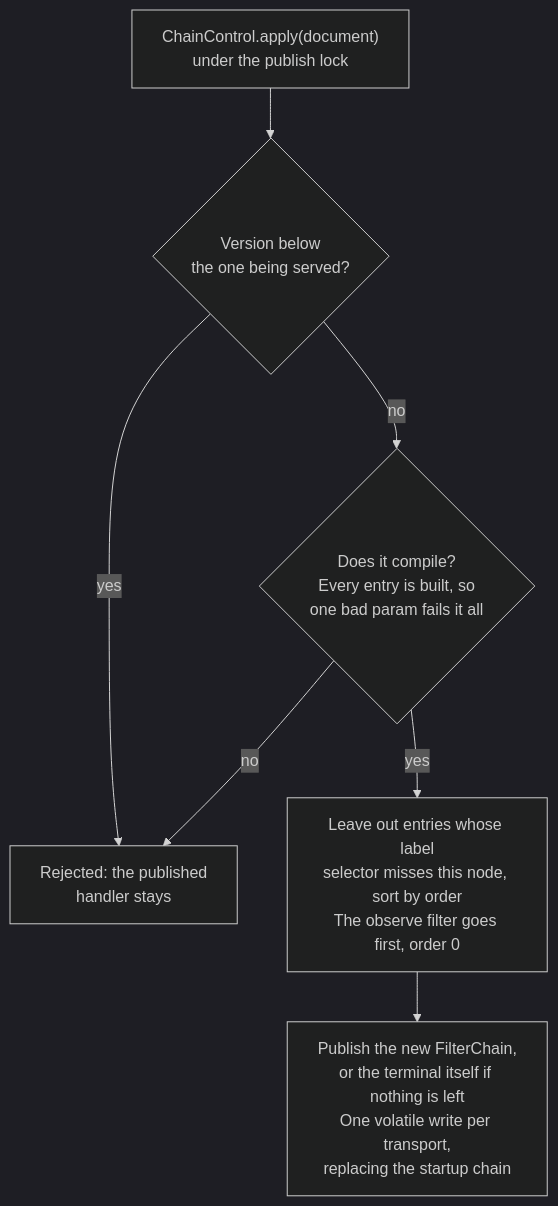
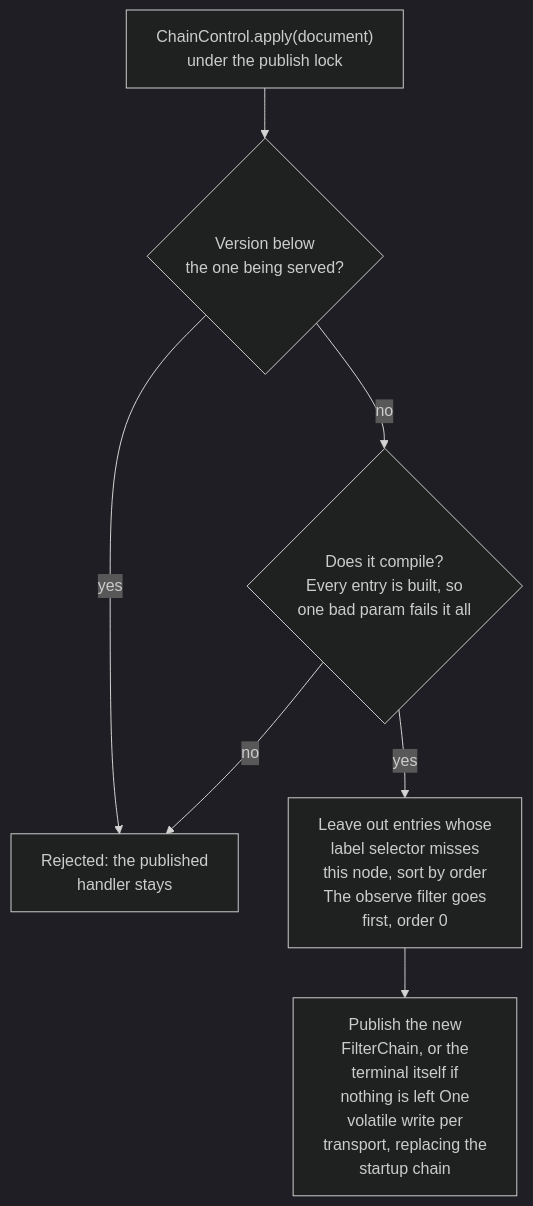
The third of 3 diagrams in docs/development/filters.md (BlivionIaG/sjws_nettask), drawn with Mermaid (dark theme) before and after one commit. The commit also changed 8 other files, not shown here.

First line of the commit message:
docs: re-wrap long diagram labels so words do not orphan

````diff
--- a/docs/development/filters.md
+++ b/docs/development/filters.md
@@ -343,9 +343,9 @@
 ```mermaid
 flowchart TD
     a["ChainControl.apply(document)<br/>under the publish lock"] --> v{"Version below<br/>the one being served?"}
     v -->|yes| rej["Rejected: the published<br/>handler stays"]
     v -->|no| c{"Does it compile?<br/>Every entry is built, so<br/>one bad param fails it all"}
     c -->|no| rej
-    c -->|yes| m["Leave out entries whose label<br/>selector misses this node, sort by order<br/>The observe filter goes first, order 0"]
-    m --> w["Publish the new FilterChain,<br/>or the terminal itself if nothing is left<br/>One volatile write per transport,<br/>replacing the startup chain"]
+    c -->|yes| m["Leave out entries whose<br/>label selector misses<br/>this node, sort by order<br/>The observe filter goes<br/>first, order 0"]
+    m --> w["Publish the new<br/>FilterChain, or the<br/>terminal itself if<br/>nothing is left One<br/>volatile write per<br/>transport, replacing the<br/>startup chain"]
 ```
````
